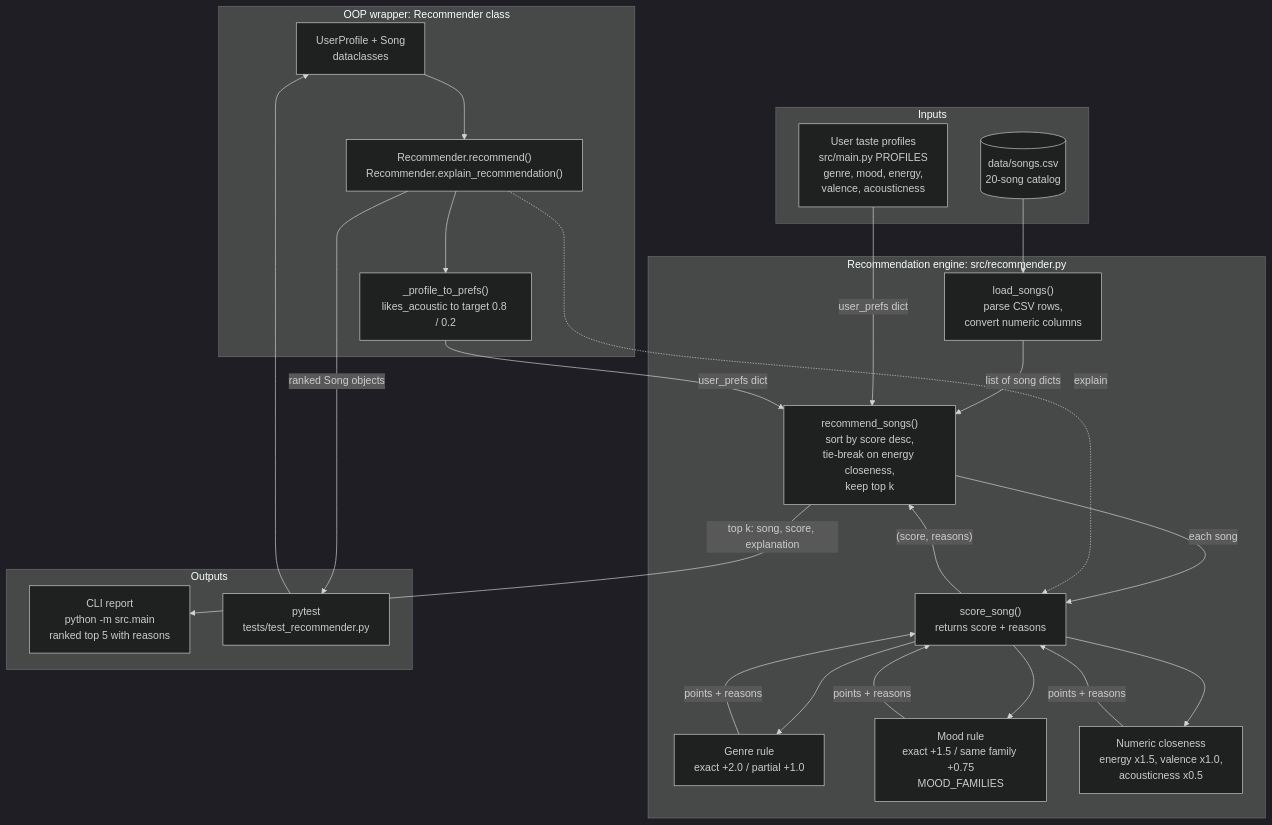
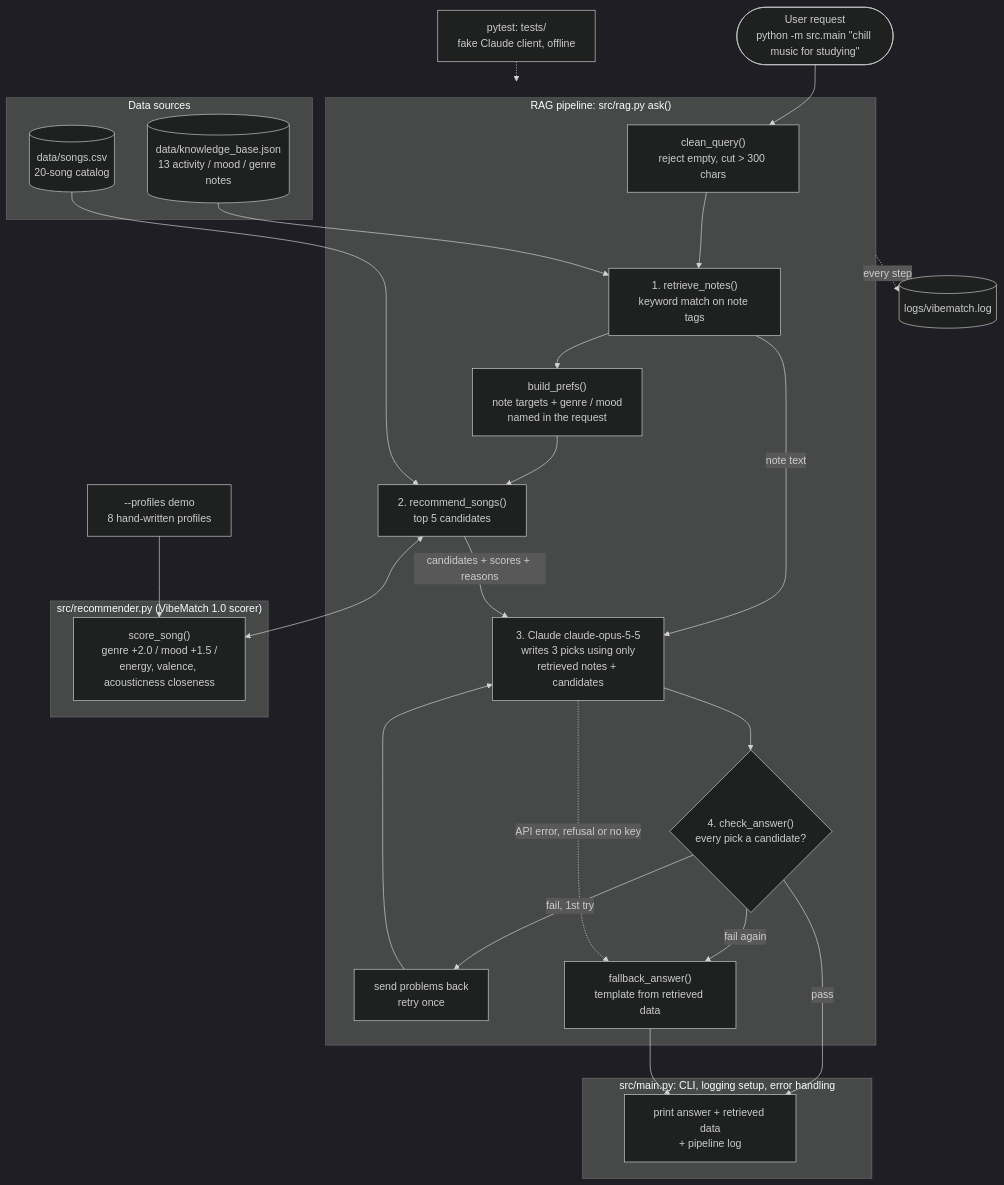
Before and after one commit to AkhilRB0204/applied-ai-system-project: the diagram in diagrams/architecture.mmd, drawn with Mermaid (dark theme). The commit also changed 9 other files, not shown here.

First line of the commit message:
Refactor VibeMatch architecture and enhance RAG pipeline

```diff
--- a/diagrams/architecture.mmd
+++ b/diagrams/architecture.mmd
@@ -1,47 +1,51 @@
-%% VibeMatch music recommender: system architecture
-%% Shows how data flows from the song catalog and user profiles
-%% through the scoring engine to ranked, explained recommendations.
+%% VibeMatch 2.0: system architecture
+%% A plain-English request flows through retrieval, Claude generation and an
+%% output check. The original profile scorer is reused as the song retriever.
 
 flowchart TD
-    subgraph Inputs["Inputs"]
+    User(["User request<br/>python -m src.main &quot;chill music for studying&quot;"])
+
+    subgraph Data["Data sources"]
         CSV[("data/songs.csv<br/>20-song catalog")]
-        Profiles["User taste profiles<br/>src/main.py PROFILES<br/>genre, mood, energy,<br/>valence, acousticness"]
+        KB[("data/knowledge_base.json<br/>13 activity / mood / genre notes")]
     end
 
-    subgraph Engine["Recommendation engine: src/recommender.py"]
-        Load["load_songs()<br/>parse CSV rows,<br/>convert numeric columns"]
-        Score["score_song()<br/>returns score + reasons"]
-        Genre["Genre rule<br/>exact +2.0 / partial +1.0"]
-        Mood["Mood rule<br/>exact +1.5 / same family +0.75<br/>MOOD_FAMILIES"]
-        Numeric["Numeric closeness<br/>energy x1.5, valence x1.0,<br/>acousticness x0.5"]
-        Rank["recommend_songs()<br/>sort by score desc,<br/>tie-break on energy closeness,<br/>keep top k"]
+    subgraph App["src/main.py: CLI, logging setup, error handling"]
+        Print["print answer + retrieved data<br/>+ pipeline log"]
     end
 
-    subgraph OOP["OOP wrapper: Recommender class"]
-        UP["UserProfile + Song<br/>dataclasses"]
-        Adapter["_profile_to_prefs()<br/>likes_acoustic to target 0.8 / 0.2"]
-        RecAPI["Recommender.recommend()<br/>Recommender.explain_recommendation()"]
+    subgraph RAG["RAG pipeline: src/rag.py ask()"]
+        Guard["clean_query()<br/>reject empty, cut > 300 chars"]
+        Notes["1. retrieve_notes()<br/>keyword match on note tags"]
+        Prefs["build_prefs()<br/>note targets + genre / mood<br/>named in the request"]
+        Songs["2. recommend_songs()<br/>top 5 candidates"]
+        Gen["3. Claude claude-opus-5-5<br/>writes 3 picks using only<br/>retrieved notes + candidates"]
+        Check{"4. check_answer()<br/>every pick a candidate?"}
+        Retry["send problems back<br/>retry once"]
+        Fallback["fallback_answer()<br/>template from retrieved data"]
     end
 
-    subgraph Outputs["Outputs"]
-        CLI["CLI report<br/>python -m src.main<br/>ranked top 5 with reasons"]
-        Tests["pytest<br/>tests/test_recommender.py"]
+    subgraph Scorer["src/recommender.py (VibeMatch 1.0 scorer)"]
+        Score["score_song()<br/>genre +2.0 / mood +1.5 /<br/>energy, valence, acousticness closeness"]
     end
 
-    CSV --> Load
-    Load -->|"list of song dicts"| Rank
-    Profiles -->|"user_prefs dict"| Rank
-    Rank -->|"each song"| Score
-    Score --> Genre
-    Score --> Mood
-    Score --> Numeric
-    Genre & Mood & Numeric -->|"points + reasons"| Score
-    Score -->|"(score, reasons)"| Rank
-    Rank -->|"top k: song, score, explanation"| CLI
+    Log[("logs/vibematch.log")]
+    Profiles["--profiles demo<br/>8 hand-written profiles"]
+    Tests["pytest: tests/<br/>fake Claude client, offline"]
 
-    Tests --> UP
-    UP --> RecAPI
-    RecAPI --> Adapter
-    Adapter -->|"user_prefs dict"| Rank
-    RecAPI -.->|"explain"| Score
-    RecAPI -->|"ranked Song objects"| Tests
+    User --> Guard --> Notes
+    KB --> Notes
+    Notes --> Prefs --> Songs
+    CSV --> Songs
+    Songs <--> Score
+    Notes -->|"note text"| Gen
+    Songs -->|"candidates + scores + reasons"| Gen
+    Gen --> Check
+    Check -->|"pass"| Print
+    Check -->|"fail, 1st try"| Retry --> Gen
+    Check -->|"fail again"| Fallback
+    Gen -.->|"API error, refusal or no key"| Fallback
+    Fallback --> Print
+    RAG -.->|"every step"| Log
+    Profiles --> Score
+    Tests -.-> RAG
```
